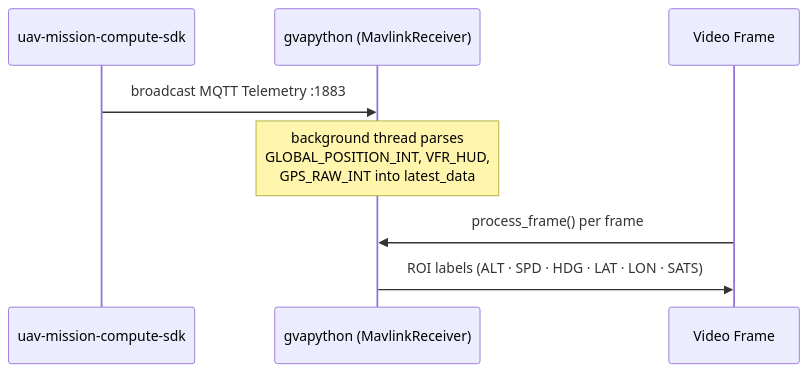
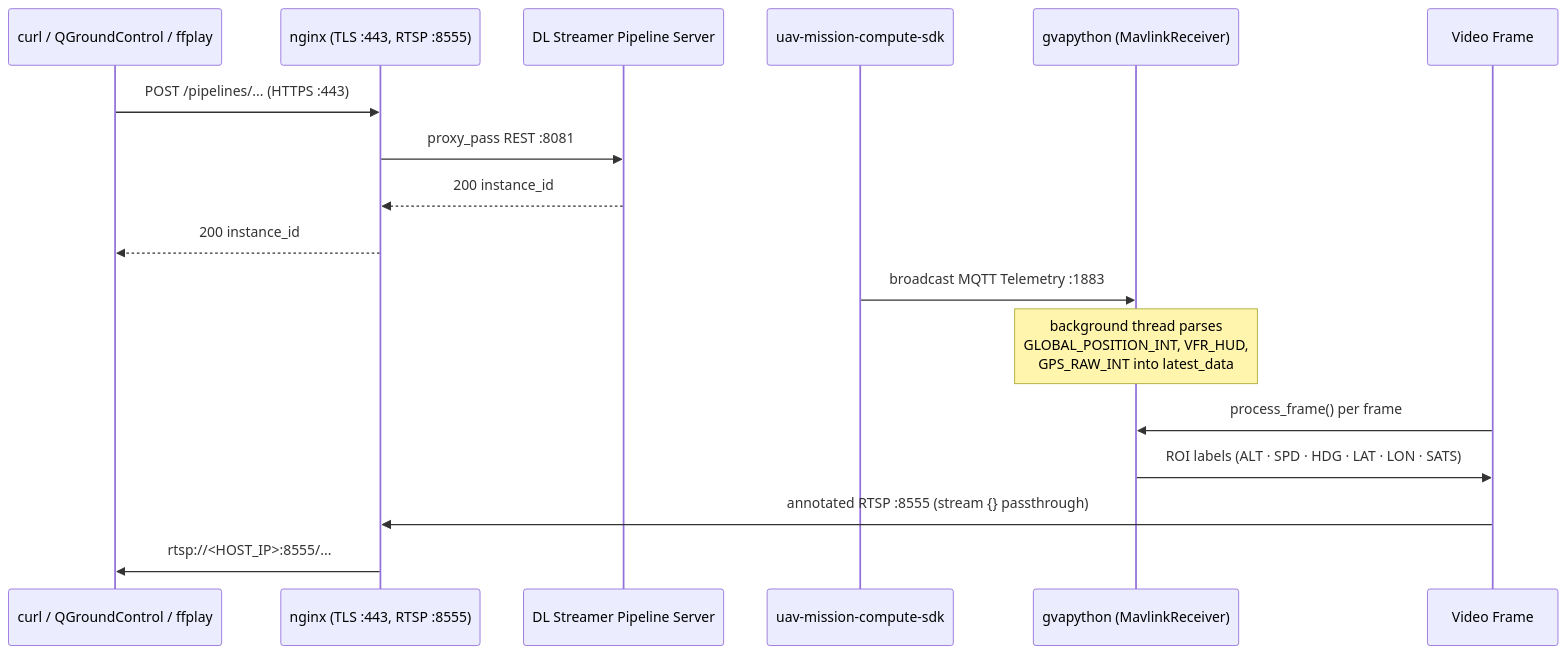
The diagram in federal-and-aerospace-ai-suite/uav-vision-analytics/docs/user-guide/get-started/get-started-uavsdk.md (open-edge-platform/edge-ai-suites), drawn with Mermaid before and after one commit. The commit also changed 5 other files, not shown here.

Commit message:
update architecture diagram including nginx

````diff
--- a/federal-and-aerospace-ai-suite/uav-vision-analytics/docs/user-guide/get-started/get-started-uavsdk.md
+++ b/federal-and-aerospace-ai-suite/uav-vision-analytics/docs/user-guide/get-started/get-started-uavsdk.md
@@ -18,11 +18,22 @@
 ```mermaid
 sequenceDiagram
+    participant Client as curl / QGroundControl / ffplay
+    participant Nginx as nginx (TLS :443, RTSP :8555)
+    participant DLSPS as DL Streamer Pipeline Server
     participant SDK as uav-mission-compute-sdk
     participant OVL as gvapython (MavlinkReceiver)
     participant Frame as Video Frame
+
+    Client->>Nginx: POST /pipelines/... (HTTPS :443)
+    Nginx->>DLSPS: proxy_pass REST :8081
+    DLSPS-->>Nginx: 200 instance_id
+    Nginx-->>Client: 200 instance_id
 
     SDK->>OVL: broadcast MQTT Telemetry :1883
     Note over OVL: background thread parses<br/>GLOBAL_POSITION_INT, VFR_HUD,<br/>GPS_RAW_INT into latest_data
     Frame->>OVL: process_frame() per frame
     OVL->>Frame: ROI labels (ALT · SPD · HDG · LAT · LON · SATS)
+
+    Frame->>Nginx: annotated RTSP :8555 (stream {} passthrough)
+    Nginx->>Client: rtsp://<HOST_IP>:8555/...
 ```
````
